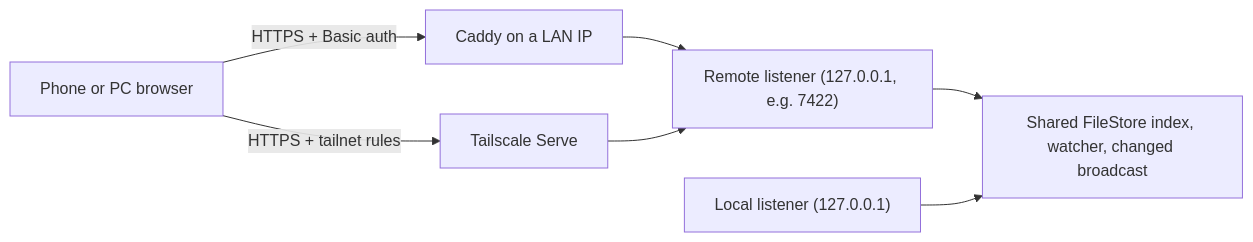
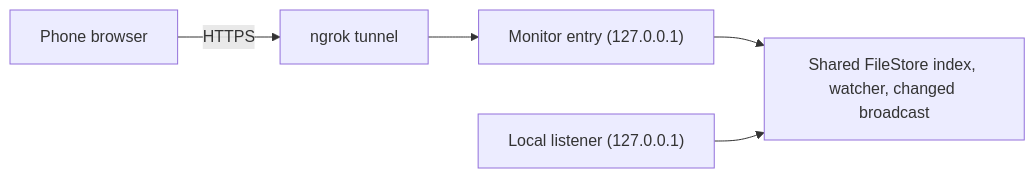
One commit to FooQoo/agent-board changed the diagram in docs/dev/concepts/remote-access.md. Above: the diagram before and after it, drawn with Mermaid. The commit also changed other lines of this file and 63 other files, not shown here.

First line of the commit message:
Remove the legacy remote listener and its documentation

````diff
--- a/docs/dev/concepts/remote-access.md
+++ b/docs/dev/concepts/remote-access.md
@@ -7,9 +7,7 @@
 ```mermaid
 flowchart LR
-    Phone["Phone or PC browser"] -->|HTTPS + Basic auth| Caddy["Caddy on a LAN IP"]
-    Phone -->|HTTPS + tailnet rules| TS["Tailscale Serve"]
-    Caddy --> RL["Remote listener (127.0.0.1, e.g. 7422)"]
-    TS --> RL
-    RL --> Shared["Shared FileStore index, watcher, changed broadcast"]
+    Phone["Phone browser"] -->|HTTPS| Tunnel["ngrok tunnel"]
+    Tunnel --> Entry["Monitor entry (127.0.0.1)"]
+    Entry --> Shared["Shared FileStore index, watcher, changed broadcast"]
     LL["Local listener (127.0.0.1)"] --> Shared
 ```
````
